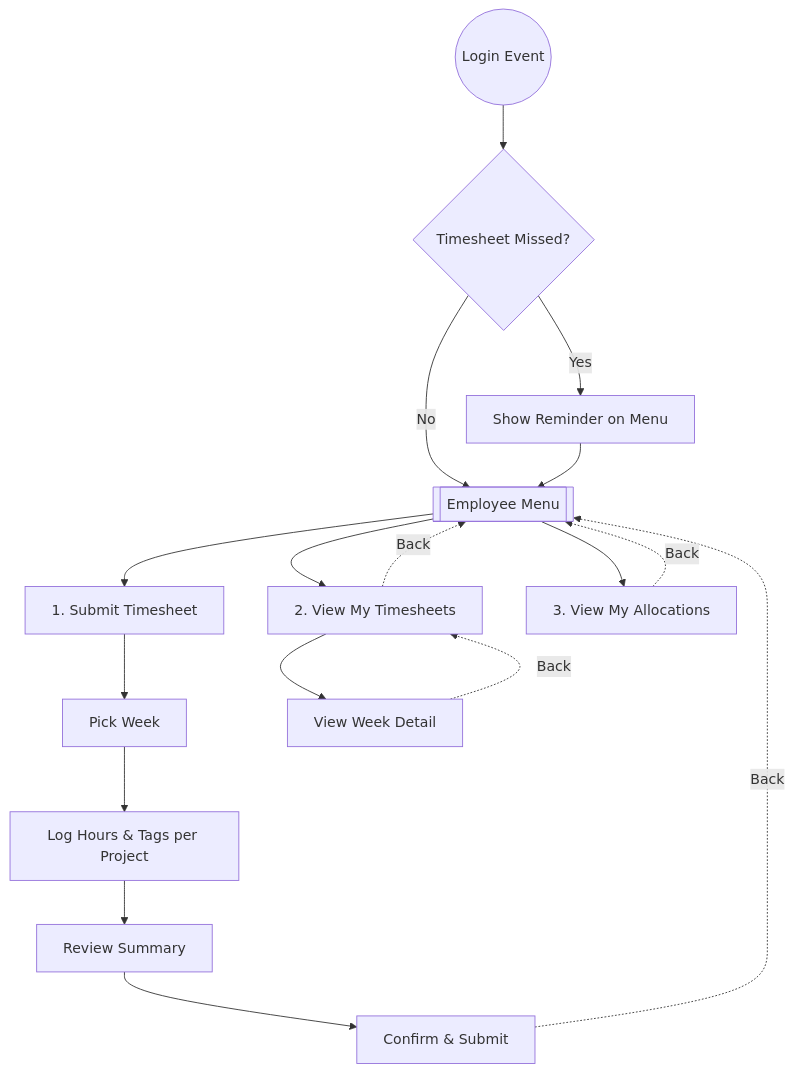
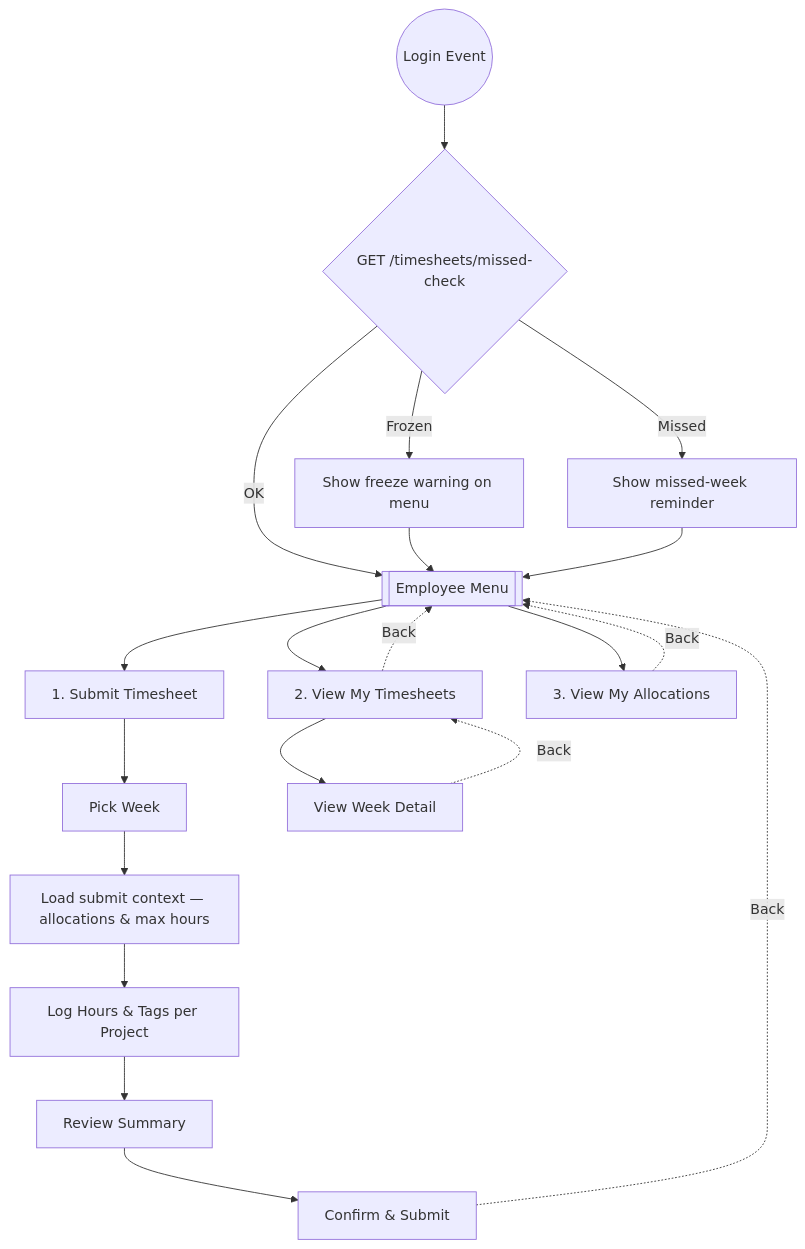
Before and after one commit to RiyaAmetaITT/Project-Resource-Management-tool: the fourth of 6 diagrams in UML Design/flow_diagrams.md, drawn with Mermaid. The commit also changed other lines of this file and 74 other files, not shown here.

````diff
--- a/UML Design/flow_diagrams.md
+++ b/UML Design/flow_diagrams.md
@@ -124,24 +133,27 @@
 ```mermaid
 flowchart TD
     EmployeeMenu[[Employee Menu]]
-    
-    LoginEvent((Login Event)) --> RemCheck{Timesheet Missed?}
-    RemCheck -- Yes --> ShowRem[Show Reminder on Menu]
-    RemCheck -- No --> EmployeeMenu
+
+    LoginEvent((Login Event)) --> MissedCheck{GET /timesheets/missed-check}
+    MissedCheck -- Frozen --> ShowFrozen[Show freeze warning on menu]
+    MissedCheck -- Missed --> ShowRem[Show missed-week reminder]
+    MissedCheck -- OK --> EmployeeMenu
+    ShowFrozen --> EmployeeMenu
     ShowRem --> EmployeeMenu
-    
+
     EmployeeMenu --> SubTS[1. Submit Timesheet]
     SubTS --> PickWeek[Pick Week]
-    PickWeek --> LogProj[Log Hours & Tags per Project]
+    PickWeek --> LoadCtx[Load submit context — allocations & max hours]
+    LoadCtx --> LogProj[Log Hours & Tags per Project]
     LogProj --> Summary[Review Summary]
     Summary --> Submit[Confirm & Submit]
     Submit -. "Back" .-> EmployeeMenu
-    
+
     EmployeeMenu --> ViewTS[2. View My Timesheets]
     ViewTS --> WeekDetail[View Week Detail]
     WeekDetail -. "Back" .-> ViewTS
     ViewTS -. "Back" .-> EmployeeMenu
-    
+
     EmployeeMenu --> ViewAlloc[3. View My Allocations]
     ViewAlloc -. "Back" .-> EmployeeMenu
 ```
````
